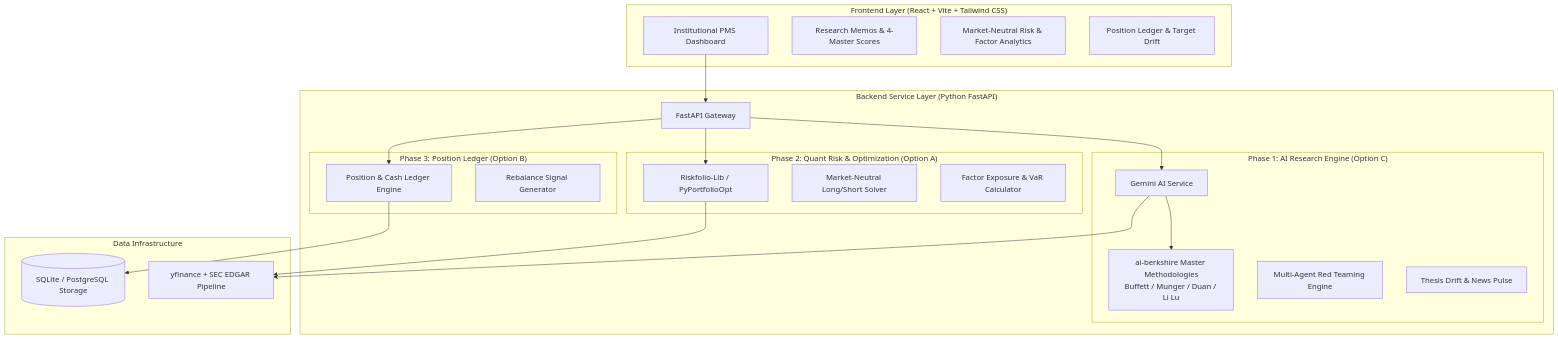
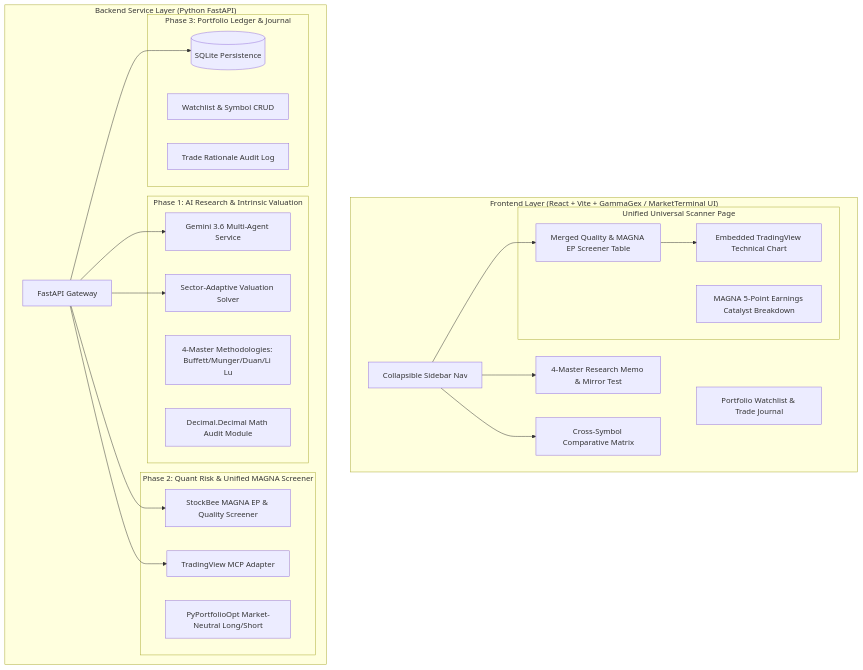
Before and after one commit to syao385/PMS: the diagram in docs/implementation_plan.md, drawn with Mermaid. The commit also changed other lines of this file and 84 other files, not shown here.

Commit message:
feat: complete initial PMS backend, frontend dashboard, prototype and documentation

````diff
--- a/docs/implementation_plan.md
+++ b/docs/implementation_plan.md
@@ -22,45 +23,49 @@
 ```mermaid
 graph TD
-    subgraph "Frontend Layer (React + Vite + Tailwind CSS)"
-        Dashboard[Institutional PMS Dashboard]
-        MemoView[Research Memos & 4-Master Scores]
-        RiskView[Market-Neutral Risk & Factor Analytics]
-        LedgerView[Position Ledger & Target Drift]
+    subgraph "Frontend Layer (React + Vite + GammaGex / MarketTerminal UI)"
+        Sidebar[Collapsible Sidebar Nav]
+        ResearchView[4-Master Research Memo & Mirror Test]
+        CompareView[Cross-Symbol Comparative Matrix]
+        
+        subgraph "Unified Universal Scanner Page"
+            ScannerGrid[Merged Quality & MAGNA EP Screener Table]
+            EmbeddedChart[Embedded TradingView Technical Chart]
+            MAGNAPanel[MAGNA 5-Point Earnings Catalyst Breakdown]
+        end
+        
+        LedgerView[Portfolio Watchlist & Trade Journal]
     end
 
     subgraph "Backend Service Layer (Python FastAPI)"
         API[FastAPI Gateway]
         
-        subgraph "Phase 1: AI Research Engine (Option C)"
-            GeminiAdapter[Gemini AI Service]
-            BerkshireFramework[ai-berkshire Master Methodologies<br/>Buffett / Munger / Duan / Li Lu]
-            AgentTeam[Multi-Agent Red Teaming Engine]
-            ThesisTracker[Thesis Drift & News Pulse]
+        subgraph "Phase 1: AI Research & Intrinsic Valuation"
+            GeminiAdapter[Gemini 3.6 Multi-Agent Service]
+            MasterEngine[4-Master Methodologies: Buffett/Munger/Duan/Li Lu]
+            SectorValuation[Sector-Adaptive Valuation Solver]
+            DecimalRigor[Decimal.Decimal Math Audit Module]
         end
         
-        subgraph "Phase 2: Quant Risk & Optimization (Option A)"
-            OptEngine[Riskfolio-Lib / PyPortfolioOpt]
-            MarketNeutral[Market-Neutral Long/Short Solver]
-            FactorModel[Factor Exposure & VaR Calculator]
+        subgraph "Phase 2: Quant Risk & Unified MAGNA Screener"
+            MAGNA_Engine[StockBee MAGNA EP & Quality Screener]
+            OptEngine[PyPortfolioOpt Market-Neutral Long/Short]
+            TV_Adapter[TradingView MCP Adapter]
         end
         
-        subgraph "Phase 3: Position Ledger (Option B)"
-            Ledger[Position & Cash Ledger Engine]
-            Rebalancer[Rebalance Signal Generator]
+        subgraph "Phase 3: Portfolio Ledger & Journal"
+            DB[(SQLite Persistence)]
+            WatchlistManager[Watchlist & Symbol CRUD]
+            JournalLogger[Trade Rationale Audit Log]
         end
     end
 
-    subgraph "Data Infrastructure"
-        DB[(SQLite / PostgreSQL Storage)]
-        DataFeeds[yfinance + SEC EDGAR Pipeline]
-    end
-
-    Dashboard --> API
+    Sidebar --> ResearchView
+    Sidebar --> CompareView
+    Sidebar --> ScannerGrid
+    ScannerGrid --> EmbeddedChart
     API --> GeminiAdapter
-    API --> OptEngine
-    API --> Ledger
-    GeminiAdapter --> BerkshireFramework
-    GeminiAdapter --> DataFeeds
-    OptEngine --> DataFeeds
-    Ledger --> DB
+    API --> SectorValuation
+    API --> MAGNA_Engine
+    API --> TV_Adapter
+    API --> DB
 ```
````
